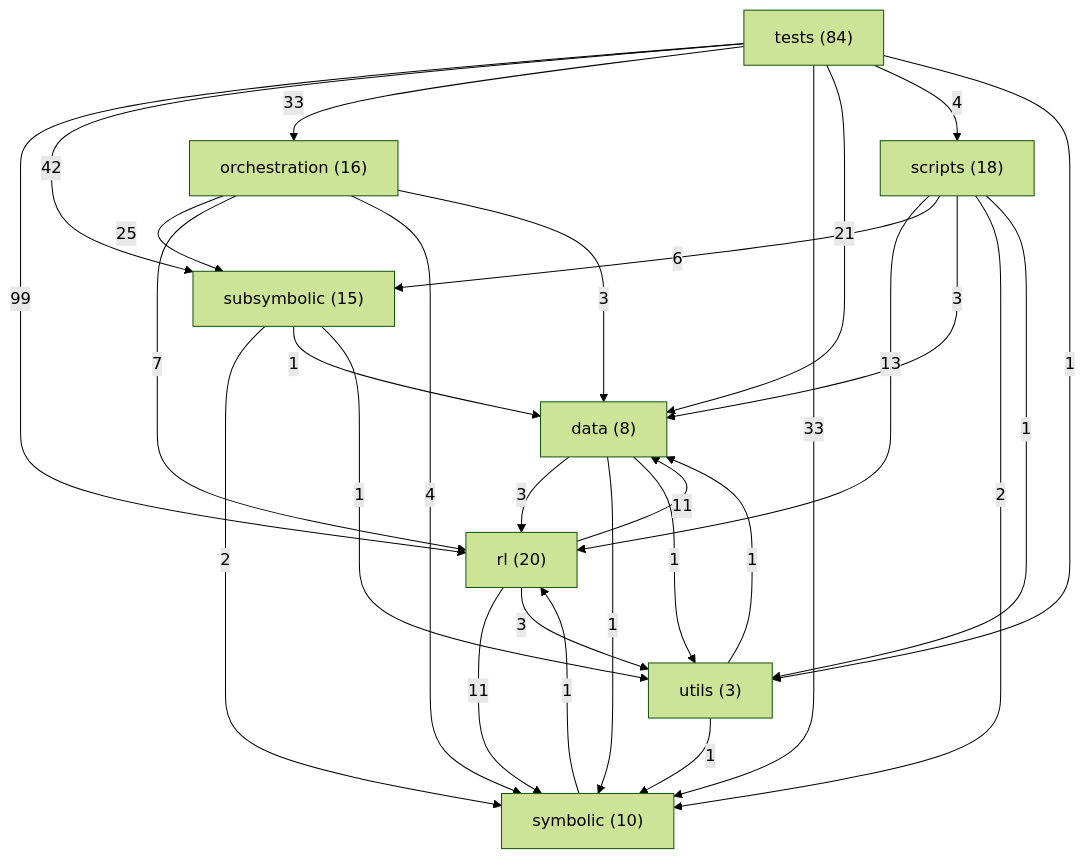
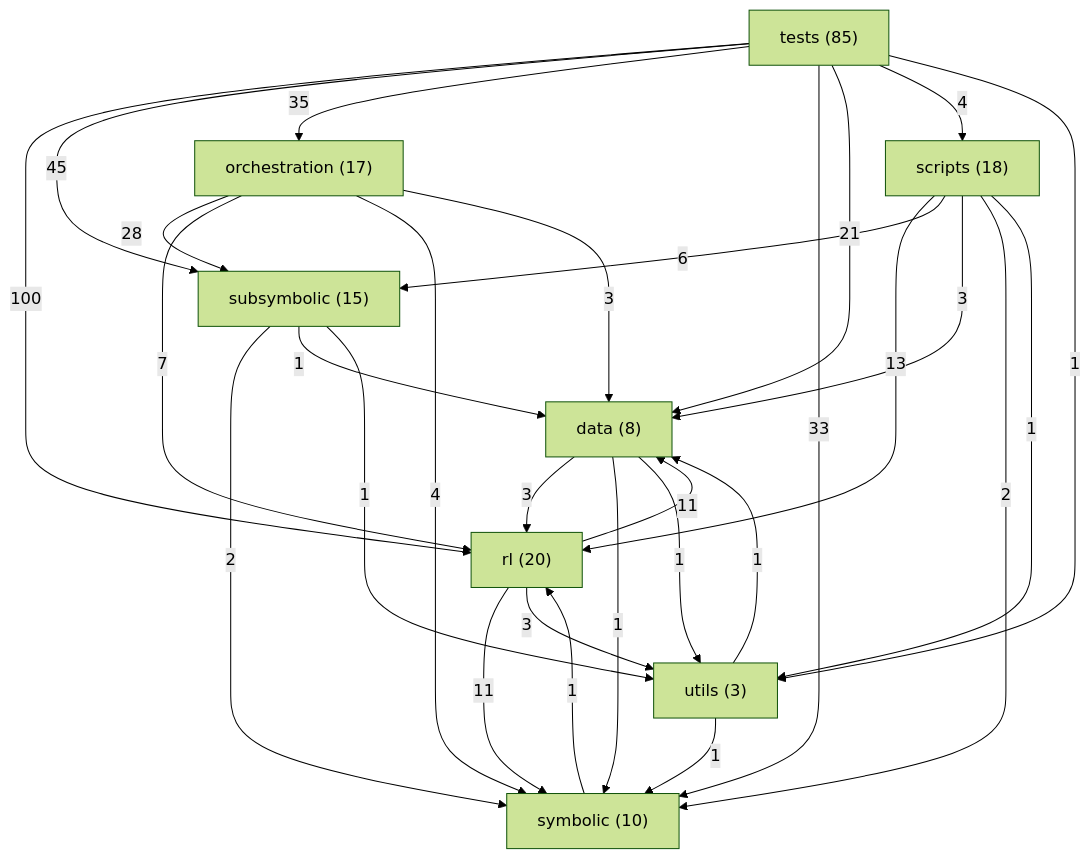
One commit to danrd/ARC-AGI changed the diagram in ARCHITECTURE.md. Above: the diagram before and after it, drawn with Mermaid (forest theme). The commit also changed other lines of this file and 4 other files, not shown here.

````diff
--- a/ARCHITECTURE.md
+++ b/ARCHITECTURE.md
@@ -211,39 +211,39 @@
 ```mermaid
 graph TD
   data["data (8)"]
-  orchestration["orchestration (16)"]
+  orchestration["orchestration (17)"]
   rl["rl (20)"]
   scripts["scripts (18)"]
   subsymbolic["subsymbolic (15)"]
   symbolic["symbolic (10)"]
-  tests["tests (84)"]
+  tests["tests (85)"]
   utils["utils (3)"]
-  tests -->|99| rl
-  tests -->|42| subsymbolic
-  tests -->|33| orchestration
+  tests -->|100| rl
+  tests -->|45| subsymbolic
+  tests -->|35| orchestration
   tests -->|33| symbolic
-  orchestration -->|25| subsymbolic
+  orchestration -->|28| subsymbolic
   tests -->|21| data
   scripts -->|13| rl
   rl -->|11| data
   rl -->|11| symbolic
   orchestration -->|7| rl
   scripts -->|6| subsymbolic
   orchestration -->|4| symbolic
   tests -->|4| scripts
   data -->|3| rl
   orchestration -->|3| data
   rl -->|3| utils
   scripts -->|3| data
   scripts -->|2| symbolic
   subsymbolic -->|2| symbolic
   data -->|1| symbolic
   data -->|1| utils
   scripts -->|1| utils
   subsymbolic -->|1| data
   subsymbolic -->|1| utils
   symbolic -->|1| rl
   tests -->|1| utils
   utils -->|1| data
   utils -->|1| symbolic
 ```
````
